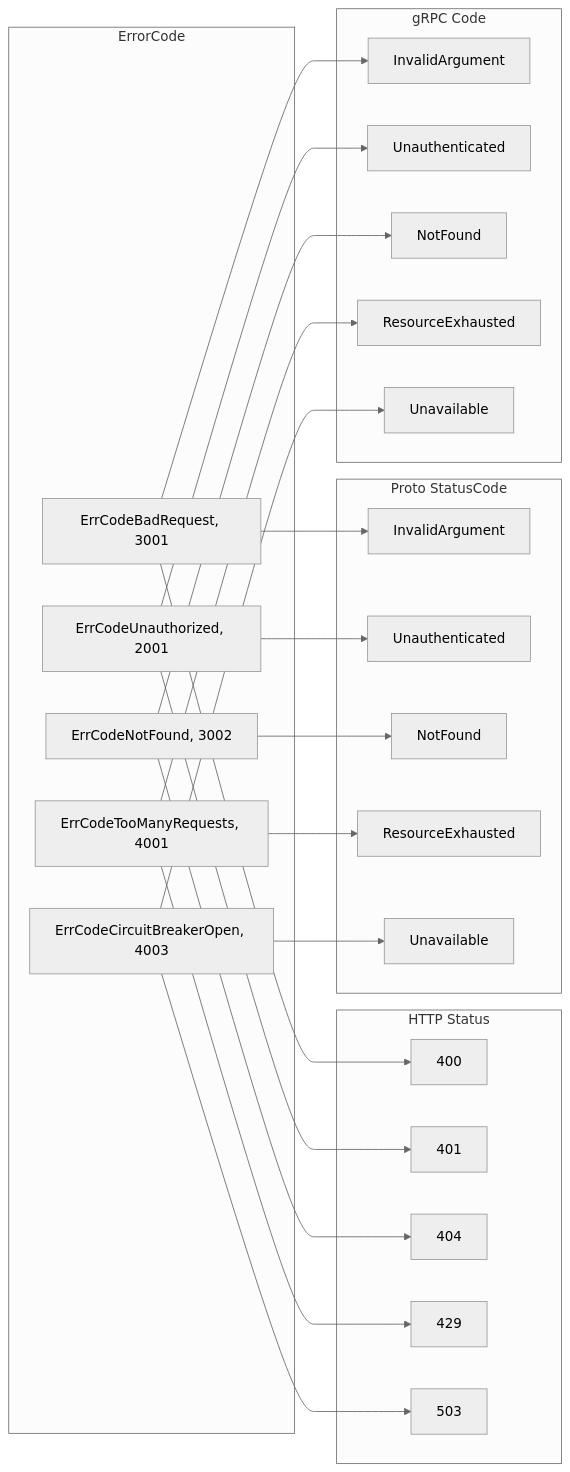
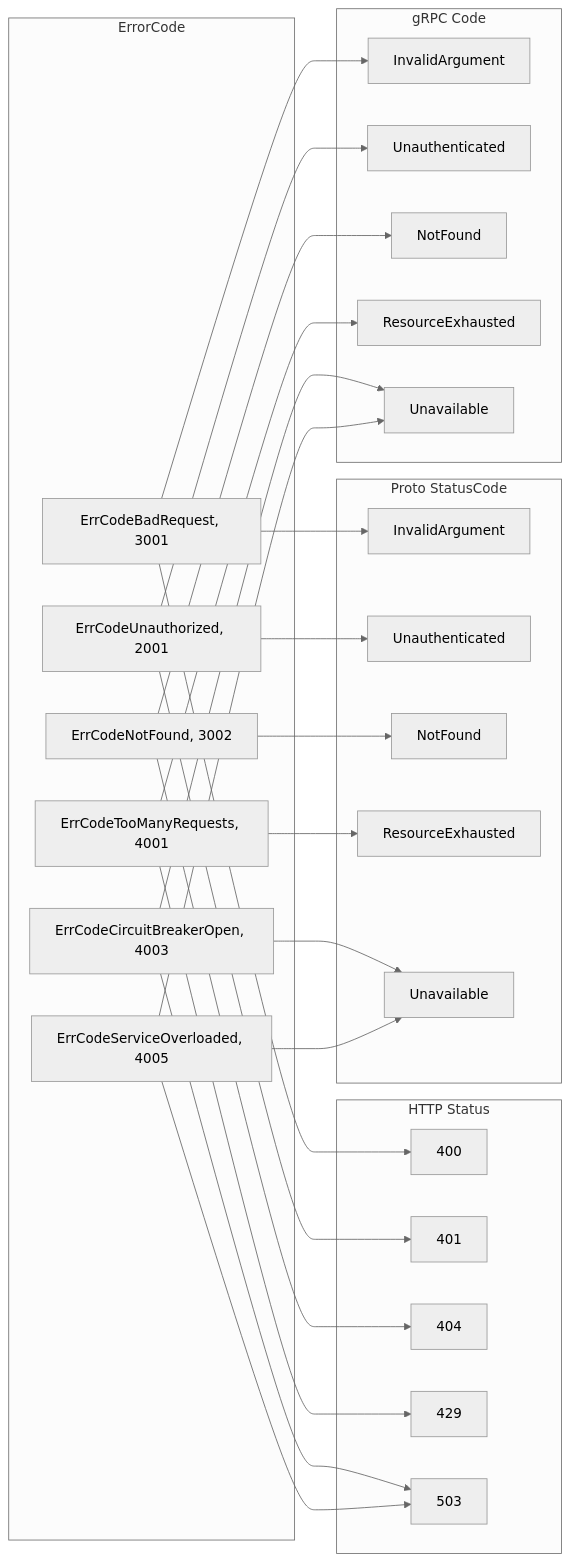
One commit to kamalyes/go-rpc-gateway changed the second of 2 diagrams in docs/ERRORS.md. Above: the diagram before and after it, drawn with Mermaid (neutral theme). The commit also changed other lines of this file and 26 other files, not shown here.

````diff
--- a/docs/ERRORS.md
+++ b/docs/ERRORS.md
@@ -111,52 +111,56 @@
 ```mermaid
 flowchart LR
     subgraph EC["ErrorCode"]
         E1["ErrCodeBadRequest, 3001"]
         E2["ErrCodeUnauthorized, 2001"]
         E3["ErrCodeNotFound, 3002"]
         E4["ErrCodeTooManyRequests, 4001"]
         E5["ErrCodeCircuitBreakerOpen, 4003"]
+        E6["ErrCodeServiceOverloaded, 4005"]
     end
 
     subgraph HTTP["HTTP Status"]
         H1["400"]
         H2["401"]
         H3["404"]
         H4["429"]
         H5["503"]
     end
 
     subgraph PROTO["Proto StatusCode"]
         P1["InvalidArgument"]
         P2["Unauthenticated"]
         P3["NotFound"]
         P4["ResourceExhausted"]
         P5["Unavailable"]
     end
 
     subgraph GRPC["gRPC Code"]
         G1["InvalidArgument"]
         G2["Unauthenticated"]
         G3["NotFound"]
         G4["ResourceExhausted"]
         G5["Unavailable"]
     end
 
     E1 --> H1
     E2 --> H2
     E3 --> H3
     E4 --> H4
     E5 --> H5
+    E6 --> H5
 
     E1 --> P1
     E2 --> P2
     E3 --> P3
     E4 --> P4
     E5 --> P5
+    E6 --> P5
 
     E1 --> G1
     E2 --> G2
     E3 --> G3
     E4 --> G4
     E5 --> G5
+    E6 --> G5
 ```
````
